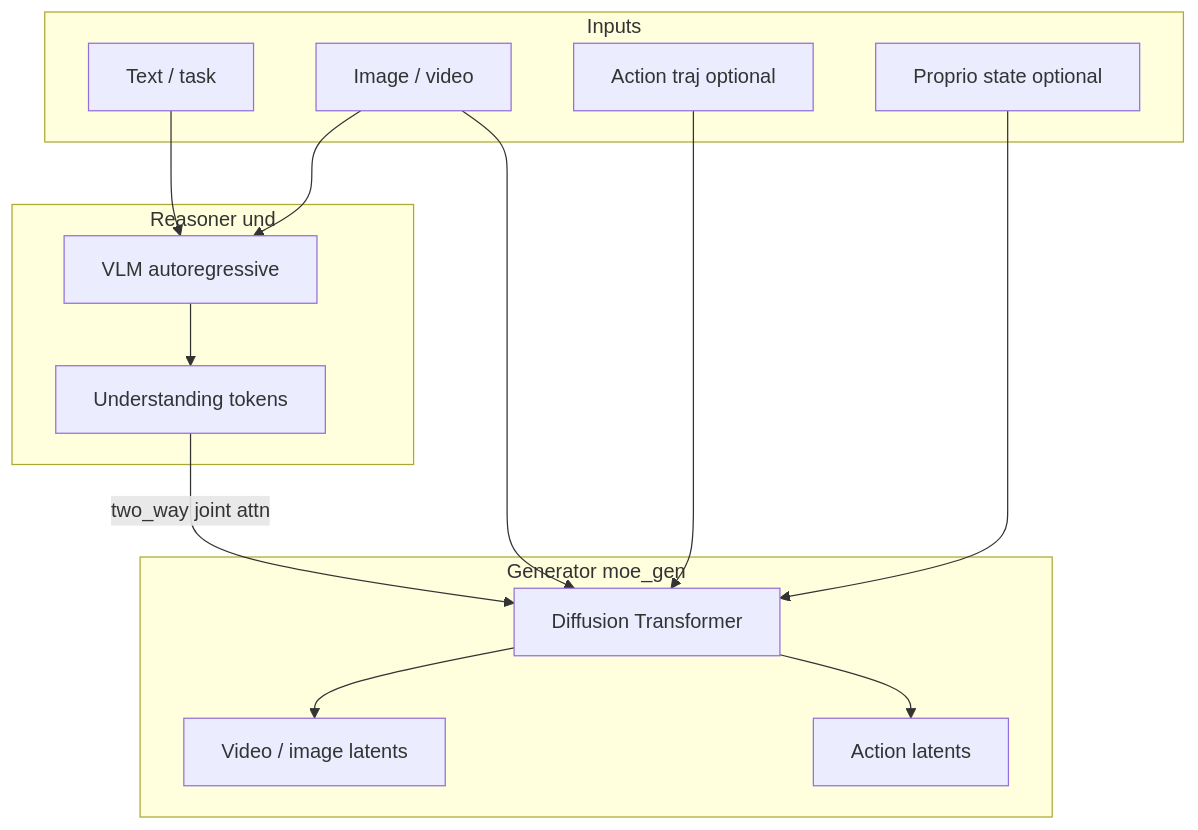
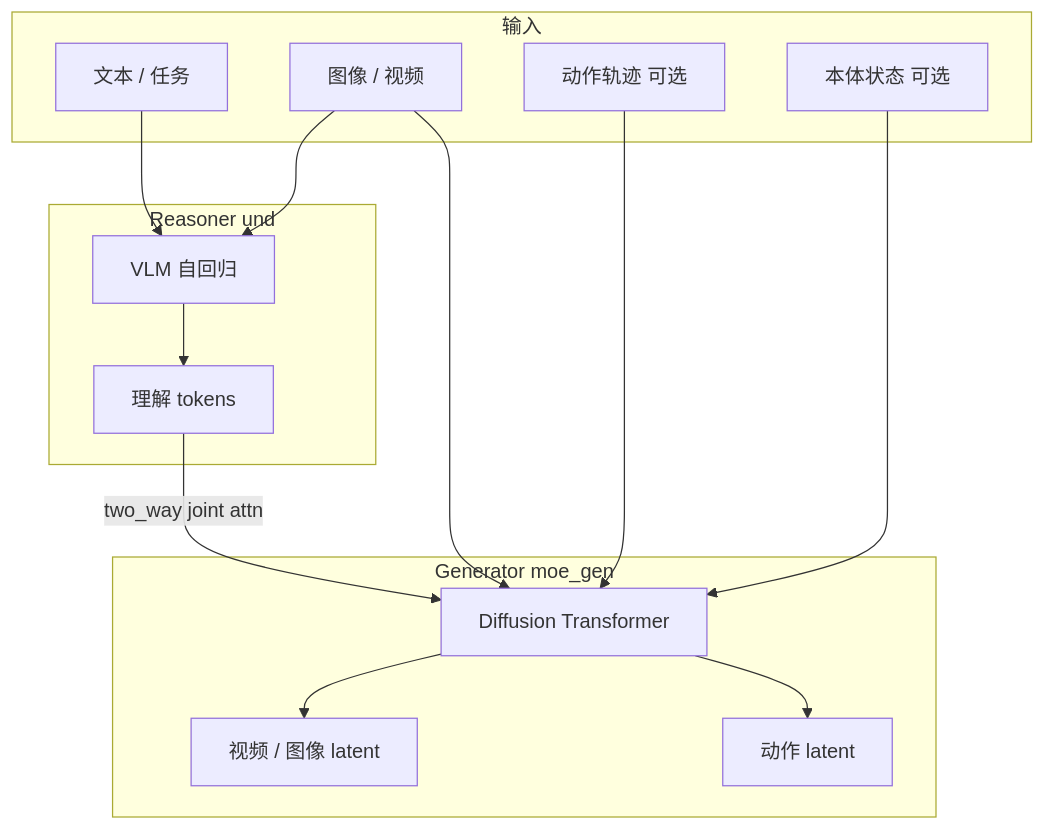
The diagram in docs/COSMOS_ARCHITECTURE.md (upnana/cosmos-edge-lab), drawn with Mermaid before and after one commit. The commit also changed other lines of this file and 10 other files, not shown here.

````diff
--- a/docs/COSMOS_ARCHITECTURE.md
+++ b/docs/COSMOS_ARCHITECTURE.md
@@ -19,27 +19,27 @@
 ```mermaid
 flowchart TB
-  subgraph inputs [Inputs]
-    T[Text / task]
-    I[Image / video]
-    A_in[Action traj optional]
-    S[Proprio state optional]
+  subgraph inputs [输入]
+    T[文本 / 任务]
+    I[图像 / 视频]
+    A_in[动作轨迹 可选]
+    S[本体状态 可选]
   end
 
   subgraph reasoner [Reasoner und]
-    VLM[VLM autoregressive]
-    VLM --> UndTok[Understanding tokens]
+    VLM[VLM 自回归]
+    VLM --> UndTok[理解 tokens]
   end
 
   subgraph generator [Generator moe_gen]
     Diff[Diffusion Transformer]
-    Diff --> Vout[Video / image latents]
-    Diff --> Aout[Action latents]
+    Diff --> Vout[视频 / 图像 latent]
+    Diff --> Aout[动作 latent]
   end
 
   T --> VLM
   I --> VLM
   I --> Diff
   A_in --> Diff
   S --> Diff
   UndTok -->|"two_way joint attn"| Diff
 ```
````
